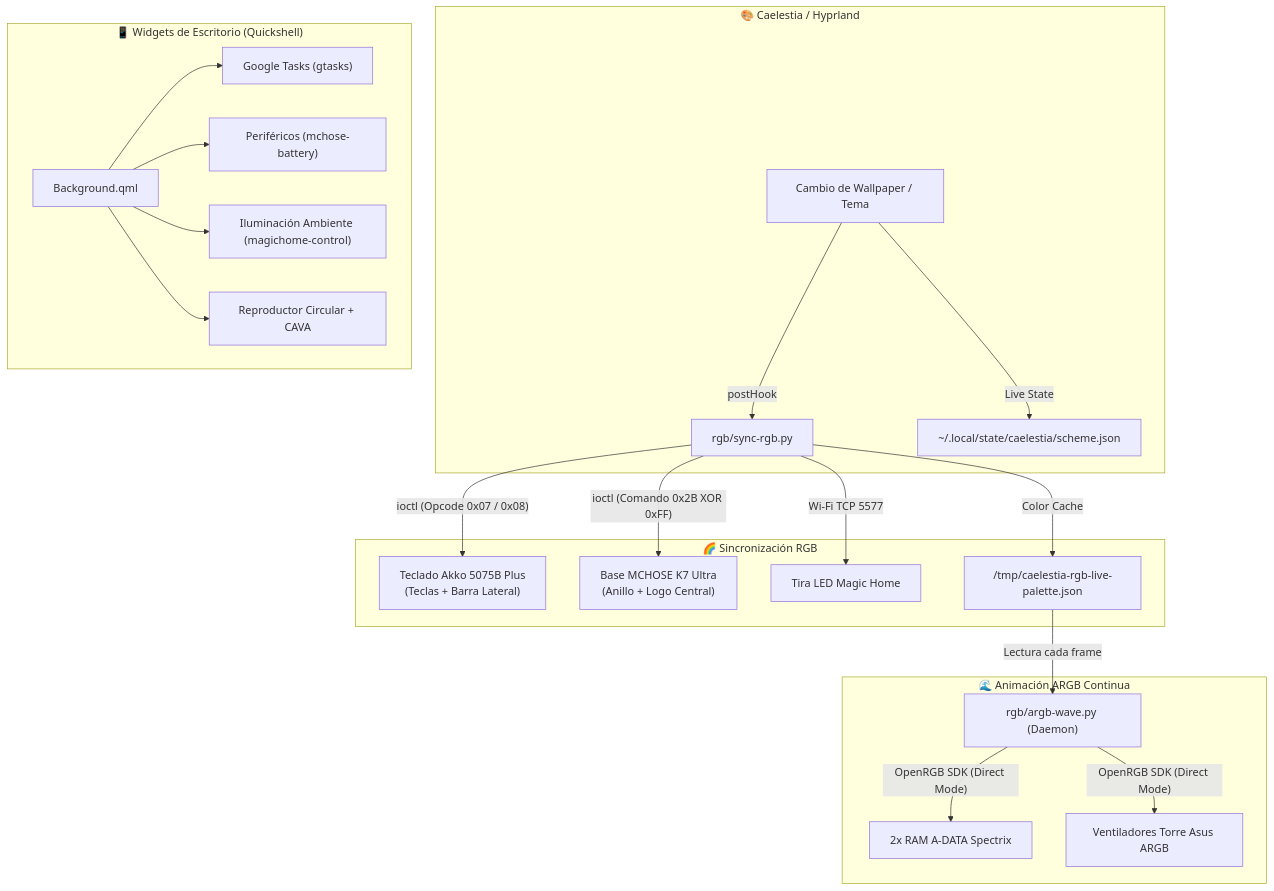
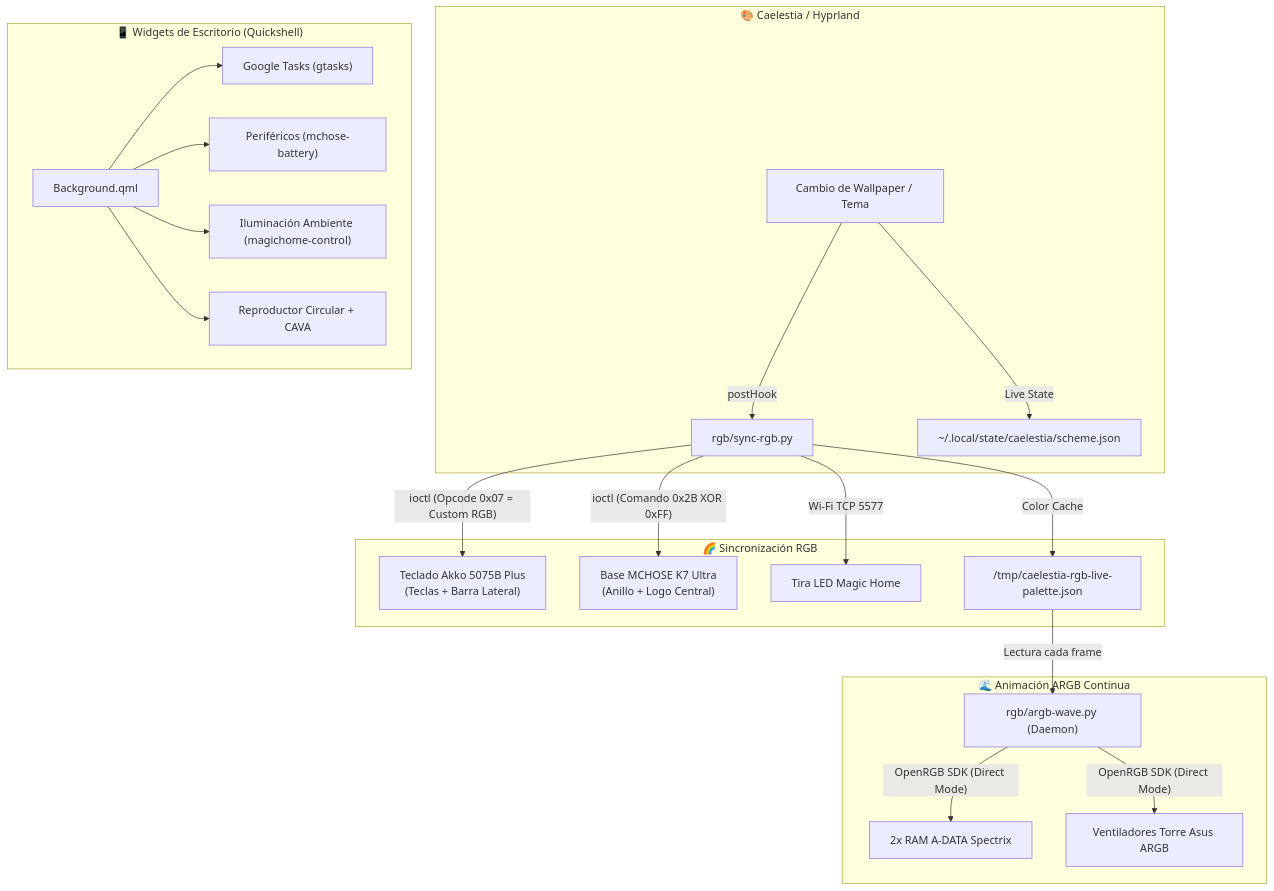
One commit to Alberviz/LinuxRicing changed the diagram in README.md. Above: the diagram before and after it, drawn with Mermaid. The commit also changed other lines of this file, not shown here.

````diff
--- a/README.md
+++ b/README.md
@@ -45,27 +70,27 @@
 ```mermaid
 graph TD
     subgraph Caelestia_Hyprland["🎨 Caelestia / Hyprland"]
         WP["Cambio de Wallpaper / Tema"] -->|"postHook"| SYNC["rgb/sync-rgb.py"]
         WP -->|"Live State"| SCHEME["~/.local/state/caelestia/scheme.json"]
     end
 
     subgraph RGB_Sync["🌈 Sincronización RGB"]
-        SYNC -->|"ioctl (Opcode 0x07 / 0x08)"| AKKO["Teclado Akko 5075B Plus<br>(Teclas + Barra Lateral)"]
+        SYNC -->|"ioctl (Opcode 0x07 = Custom RGB)"| AKKO["Teclado Akko 5075B Plus<br>(Teclas + Barra Lateral)"]
         SYNC -->|"ioctl (Comando 0x2B XOR 0xFF)"| MCHOSE["Base MCHOSE K7 Ultra<br>(Anillo + Logo Central)"]
         SYNC -->|"Wi-Fi TCP 5577"| MAGIC["Tira LED Magic Home"]
         SYNC -->|"Color Cache"| LIVE_CACHE["/tmp/caelestia-rgb-live-palette.json"]
     end
 
     subgraph ARGB_Wave["🌊 Animación ARGB Continua"]
         LIVE_CACHE -->|"Lectura cada frame"| WAVE_DAEMON["rgb/argb-wave.py (Daemon)"]
         WAVE_DAEMON -->|"OpenRGB SDK (Direct Mode)"| RAM["2x RAM A-DATA Spectrix"]
         WAVE_DAEMON -->|"OpenRGB SDK (Direct Mode)"| FANS["Ventiladores Torre Asus ARGB"]
     end
 
     subgraph Desktop_Widgets["📱 Widgets de Escritorio (Quickshell)"]
         BG["Background.qml"] --> GTASKS["Google Tasks (gtasks)"]
         BG --> BATT["Periféricos (mchose-battery)"]
         BG --> LED_WIDGET["Iluminación Ambiente (magichome-control)"]
         BG --> CAVA["Reproductor Circular + CAVA"]
     end
 ```
````
